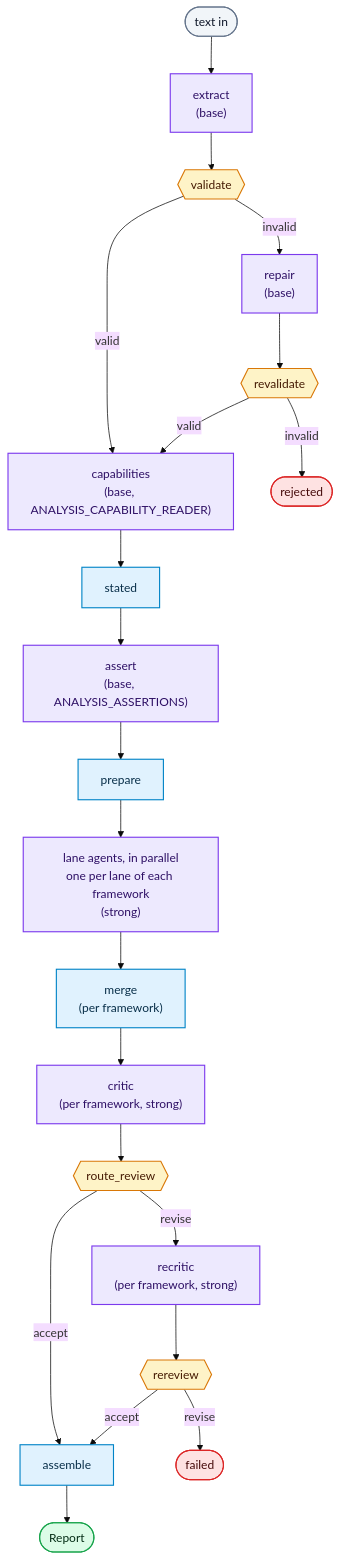
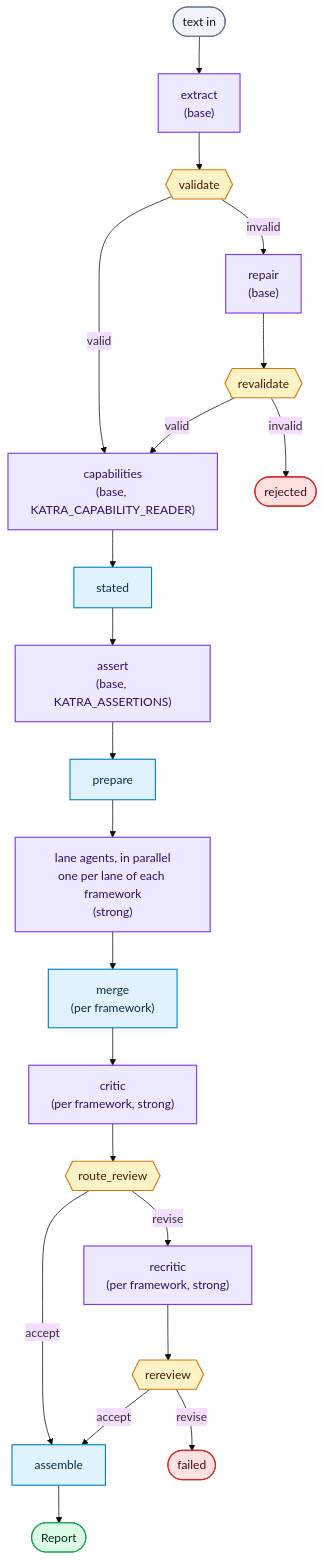
The diagram in docs/Architecture.md (mstarks01/work-agent), drawn with Mermaid (base theme) before and after one commit. The commit also changed other lines of this file and 729 other files, not shown here.

````diff
--- a/docs/Architecture.md
+++ b/docs/Architecture.md
@@ -18,39 +18,39 @@
 ```mermaid
 flowchart TD
     start([text in]) --> extract["extract<br/>(base)"]
     extract --> validate{{validate}}
-    validate -- valid --> capabilities["capabilities<br/>(base, ANALYSIS_CAPABILITY_READER)"]
+    validate -- valid --> capabilities["capabilities<br/>(base, KATRA_CAPABILITY_READER)"]
     validate -- invalid --> repair["repair<br/>(base)"]
     repair --> revalidate{{revalidate}}
     revalidate -- valid --> capabilities
     capabilities --> stated[stated]
-    stated --> assert["assert<br/>(base, ANALYSIS_ASSERTIONS)"]
+    stated --> assert["assert<br/>(base, KATRA_ASSERTIONS)"]
     revalidate -- invalid --> reject([rejected])
     assert --> prepare[prepare]
 
     prepare --> analyze["lane agents, in parallel<br/>one per lane of each framework<br/>(strong)"]
     analyze --> merge["merge<br/>(per framework)"]
     merge --> critic["critic<br/>(per framework, strong)"]
     critic --> router{{route_review}}
 
     router -- accept --> assemble[assemble]
     router -- revise --> recritic["recritic<br/>(per framework, strong)"]
     recritic --> rereview{{rereview}}
     rereview -- accept --> assemble
     rereview -- revise --> failed([failed])
     assemble --> report([Report])
 
     classDef llm fill:#ede9fe,stroke:#7c3aed,stroke-width:1.5px,color:#2e1065
     classDef code fill:#e0f2fe,stroke:#0284c7,stroke-width:1.5px,color:#082f49
     classDef gate fill:#fef3c7,stroke:#d97706,stroke-width:1.5px,color:#451a03
     classDef good fill:#dcfce7,stroke:#16a34a,stroke-width:1.5px,color:#052e16
     classDef bad fill:#fee2e2,stroke:#dc2626,stroke-width:1.5px,color:#450a0a
     classDef io fill:#f1f5f9,stroke:#64748b,stroke-width:1.5px,color:#0f172a
 
     class extract,repair,capabilities,assert,analyze,critic,recritic llm
     class stated,prepare,merge,assemble code
     class validate,revalidate,router,rereview gate
     class report good
     class reject,failed bad
     class start io
 ```
````
